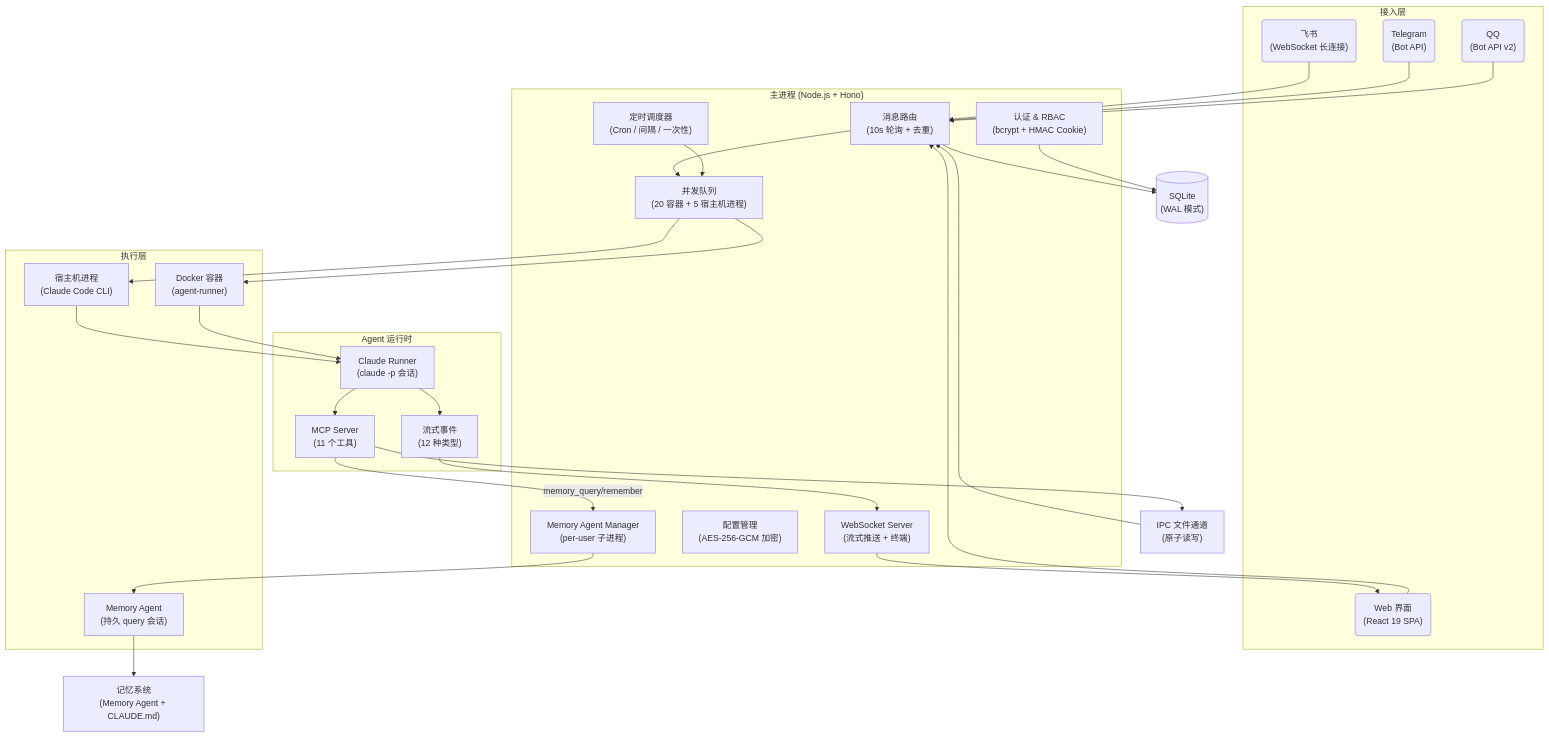
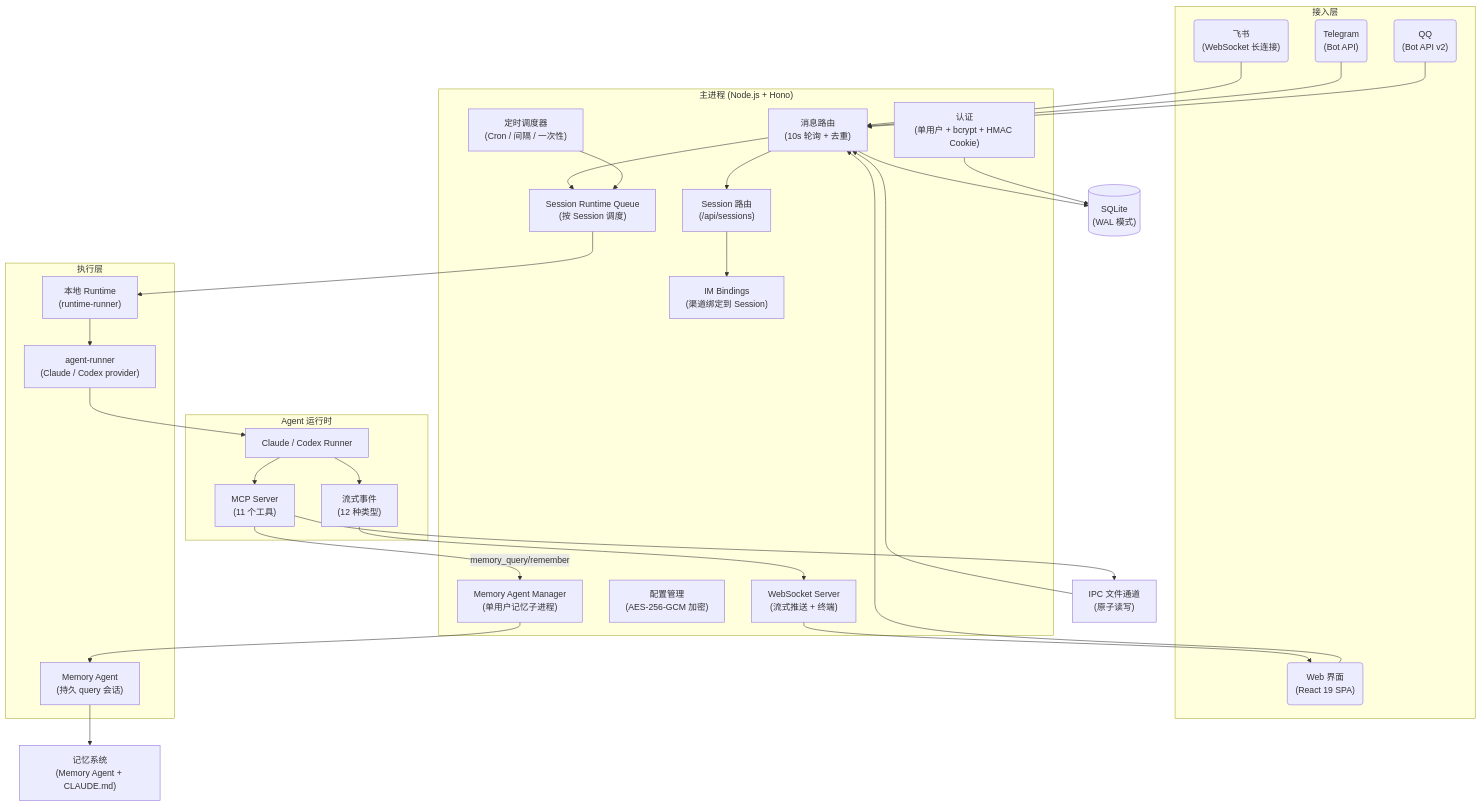
One commit to ar8327/happyclaw changed the diagram in README.md. Above: the diagram before and after it, drawn with Mermaid. The commit also changed other lines of this file, not shown here.

Commit message:
docs: align README with session runtime

````diff
--- a/README.md
+++ b/README.md
@@ -337,71 +305,74 @@
 ```mermaid
 flowchart TD
     subgraph 接入层
         Feishu("飞书<br/>(WebSocket 长连接)")
         Telegram("Telegram<br/>(Bot API)")
         QQ("QQ<br/>(Bot API v2)")
         Web("Web 界面<br/>(React 19 SPA)")
     end
 
     subgraph 主进程["主进程 (Node.js + Hono)"]
         Router["消息路由<br/>(10s 轮询 + 去重)"]
-        Queue["并发队列<br/>(20 容器 + 5 宿主机进程)"]
+        Sessions["Session 路由<br/>(/api/sessions)"]
+        Queue["Session Runtime Queue<br/>(按 Session 调度)"]
         Scheduler["定时调度器<br/>(Cron / 间隔 / 一次性)"]
         WS["WebSocket Server<br/>(流式推送 + 终端)"]
-        Auth["认证 & RBAC<br/>(bcrypt + HMAC Cookie)"]
+        Auth["认证<br/>(单用户 + bcrypt + HMAC Cookie)"]
         Config["配置管理<br/>(AES-256-GCM 加密)"]
-        MemMgr["Memory Agent Manager<br/>(per-user 子进程)"]
+        Bindings["IM Bindings<br/>(渠道绑定到 Session)"]
+        MemMgr["Memory Agent Manager<br/>(单用户记忆子进程)"]
     end
 
     subgraph 执行层
-        Host["宿主机进程<br/>(Claude Code CLI)"]
-        Container["Docker 容器<br/>(agent-runner)"]
+        Runtime["本地 Runtime<br/>(runtime-runner)"]
+        AgentRunner["agent-runner<br/>(Claude / Codex provider)"]
         MemAgent["Memory Agent<br/>(持久 query 会话)"]
     end
 
     subgraph Agent["Agent 运行时"]
-        Runner["Claude Runner<br/>(claude -p 会话)"]
+        Runner["Claude / Codex Runner"]
         MCP["MCP Server<br/>(11 个工具)"]
         Stream["流式事件<br/>(12 种类型)"]
     end
 
     DB[("SQLite<br/>(WAL 模式)")]
     IPC["IPC 文件通道<br/>(原子读写)"]
     Memory["记忆系统<br/>(Memory Agent + CLAUDE.md)"]
 
     Feishu --> Router
     Telegram --> Router
     QQ --> Router
     Web --> Router
 
+    Router --> Sessions
     Router --> Queue
-    Queue --> Host
-    Queue --> Container
+    Sessions --> Bindings
+    Queue --> Runtime
     Scheduler --> Queue
 
-    Host --> Runner
-    Container --> Runner
+    Runtime --> AgentRunner
+    AgentRunner --> Runner
     Runner --> MCP
     Runner --> Stream
 
     MCP --> IPC
     IPC --> Router
 
     Stream --> WS
     WS --> Web
 
     MCP -->|memory_query/remember| MemMgr
     MemMgr --> MemAgent
     MemAgent --> Memory
 
     Router --> DB
     Auth --> DB
 
     class Feishu,Telegram,QQ,Web fe
-    class Router,Queue,Scheduler,WS,Auth,Config svc
+    class Router,Sessions,Queue,Scheduler,WS,Auth,Config,Bindings svc
     class DB db
-    class Host,Container,MemAgent faas
+    class Runtime,AgentRunner,MemAgent faas
     class Runner,MCP,Stream faas
     class IPC cfg
     class Memory cfg
 ```
````
